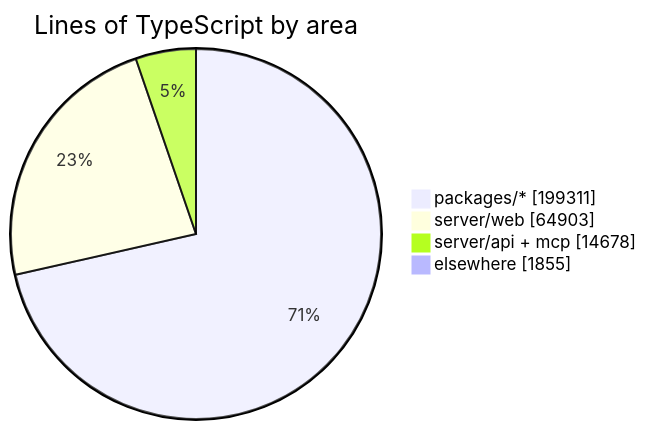
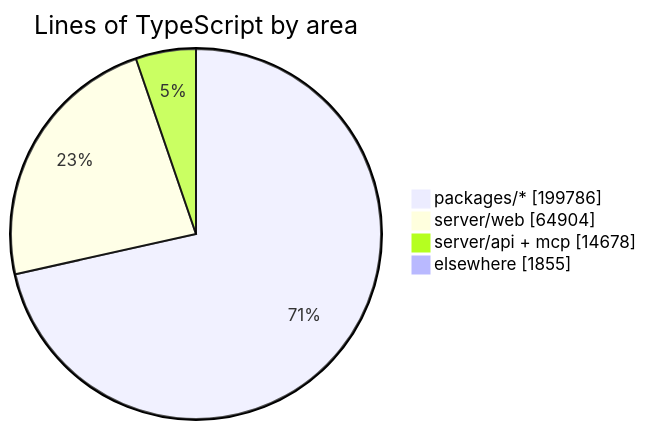
One commit to crossworks-engineering/mantle changed the diagram in README.md. Above: the diagram before and after it, drawn with Mermaid. The commit also changed other lines of this file and 2 other files, not shown here.

````diff
--- a/README.md
+++ b/README.md
@@ -287,7 +287,7 @@
 ```mermaid
 pie showData title Lines of TypeScript by area
-    "packages/*" : 199311
-    "server/web" : 64903
+    "packages/*" : 199786
+    "server/web" : 64904
     "server/api + mcp" : 14678
     "elsewhere" : 1855
 ```
````
